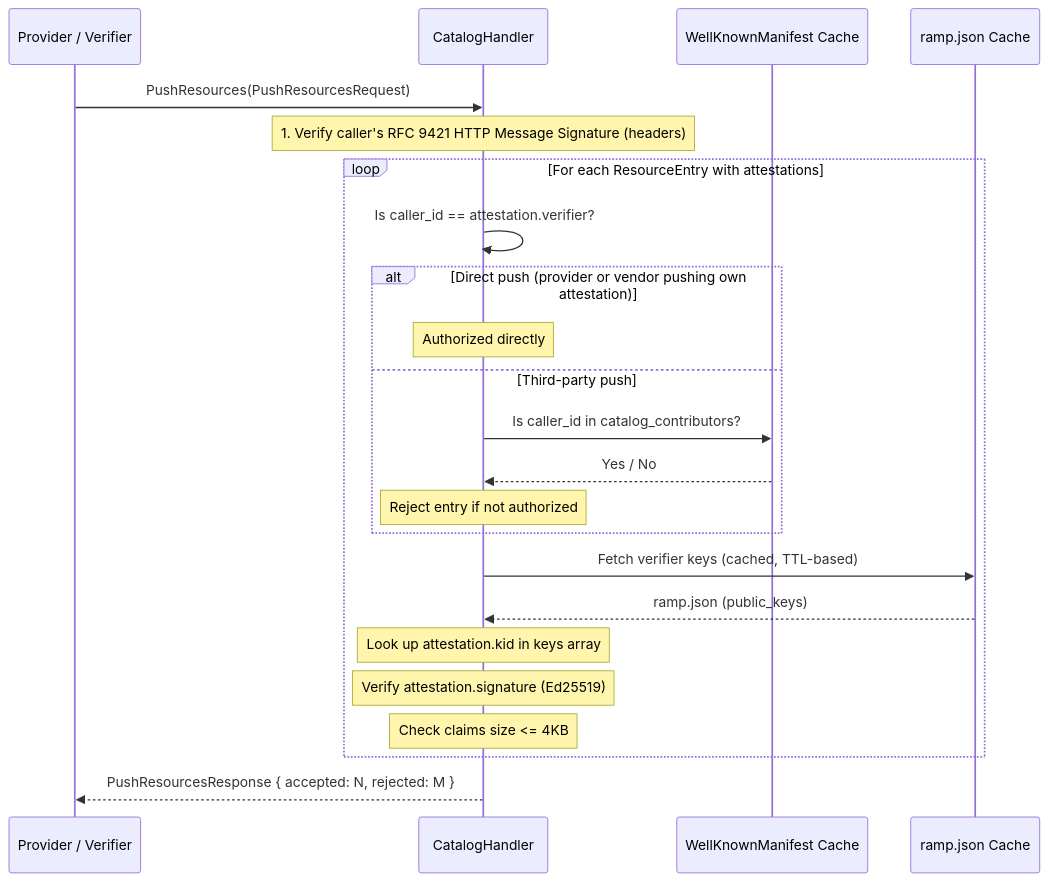
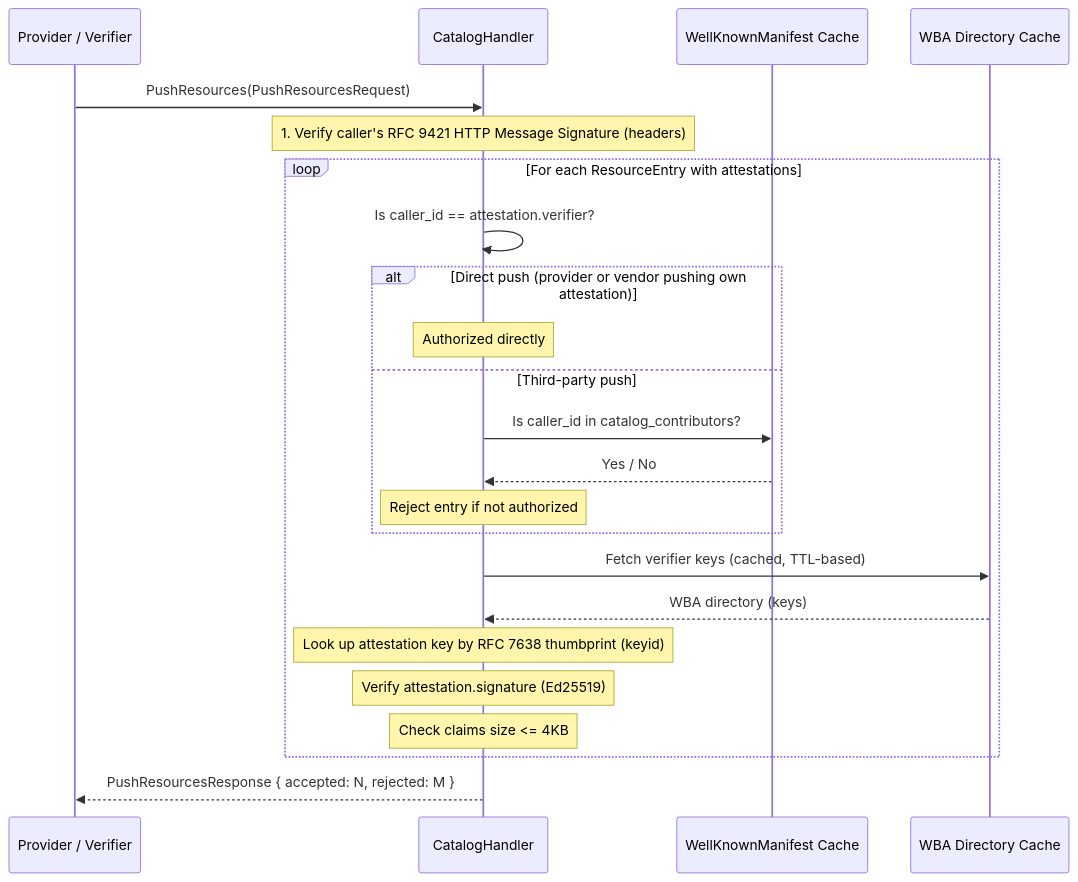
The fourth of 5 diagrams in website/src/content/docs/components/exchange/request-flows.mdx (RAMP-Protocol/protocol), drawn with Mermaid before and after one commit. The commit also changed other lines of this file and 36 other files, not shown here.

First line of the commit message:
docs: migrate the well-known docs to the WBA directory split

````diff
--- a/website/src/content/docs/components/exchange/request-flows.mdx
+++ b/website/src/content/docs/components/exchange/request-flows.mdx
@@ -812,32 +812,32 @@
 ```mermaid
 sequenceDiagram
     participant Caller as Provider / Verifier
     participant Handler as CatalogHandler
     participant Manifest as WellKnownManifest Cache
-    participant Verifier as ramp.json Cache
+    participant Verifier as WBA Directory Cache
 
     Caller->>Handler: PushResources(PushResourcesRequest)
 
     Note over Handler: 1. Verify caller's RFC 9421 HTTP Message Signature (headers)
 
     loop For each ResourceEntry with attestations
         Handler->>Handler: Is caller_id == attestation.verifier?
 
         alt Direct push (provider or vendor pushing own attestation)
             Note over Handler: Authorized directly
         else Third-party push
             Handler->>Manifest: Is caller_id in catalog_contributors?
             Manifest-->>Handler: Yes / No
             Note over Handler: Reject entry if not authorized
         end
 
         Handler->>Verifier: Fetch verifier keys (cached, TTL-based)
-        Verifier-->>Handler: ramp.json (public_keys)
+        Verifier-->>Handler: WBA directory (keys)
 
-        Note over Handler: Look up attestation.kid in keys array
+        Note over Handler: Look up attestation key by RFC 7638 thumbprint (keyid)
         Note over Handler: Verify attestation.signature (Ed25519)
         Note over Handler: Check claims size <= 4KB
     end
 
     Handler-->>Caller: PushResourcesResponse { accepted: N, rejected: M }
 ```
````
